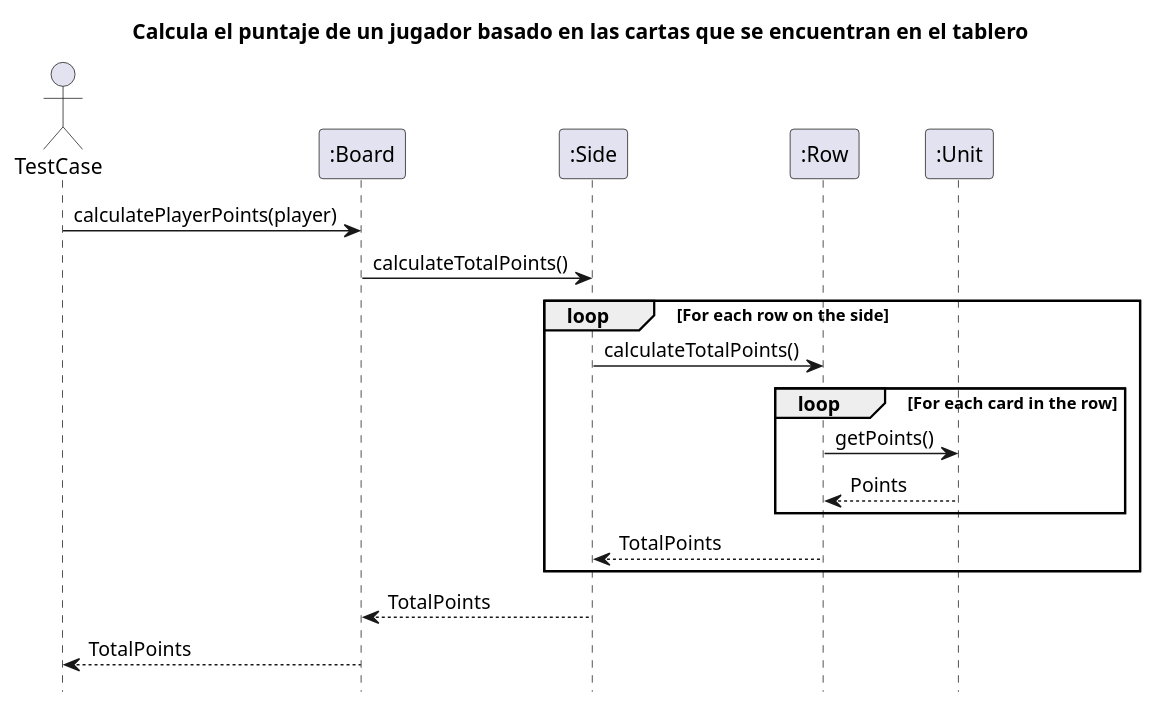
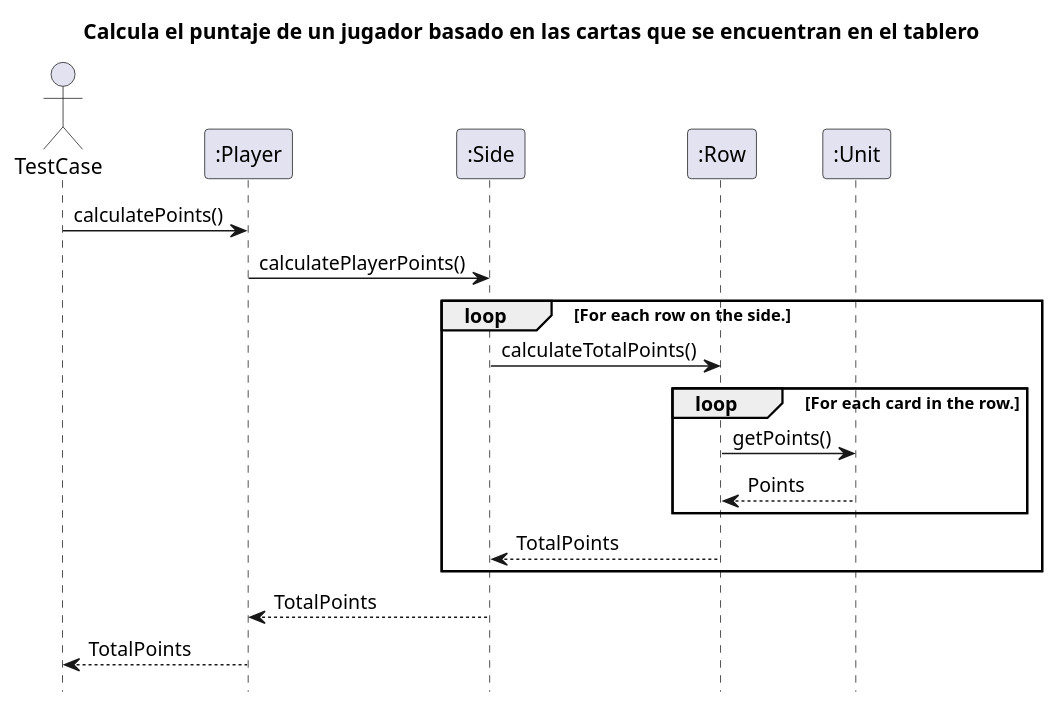
Before and after one commit to Yonhir/algo3_proyecto_base_tp2: the diagram in diagrams/sequences/seq1.plantuml, drawn with PlantUML. The commit also changed 1 other file, not shown here.

Commit message:
diagrama de secuencia corregido

```diff
--- a/diagrams/sequences/seq1.plantuml
+++ b/diagrams/sequences/seq1.plantuml
@@ -1,30 +1,30 @@
-@startuml DiagramaDeSecuencia1
+@startuml
 
 hide footbox
-
-title: Calcula el puntaje de un jugador basado en las cartas que se encuentran en el tablero
+title Calcula el puntaje de un jugador basado en las cartas que se encuentran en el tablero
 
 actor TestCase
-participant ":Board" as board
+
+participant ":Player" as player
 participant ":Side" as side
 participant ":Row" as row
 participant ":Unit" as unit
 
-TestCase -> board : calculatePlayerPoints(player)
-board -> side : calculateTotalPoints()
+TestCase -> player : calculatePoints()
+player -> side : calculatePlayerPoints()
 
-loop For each row on the side
+loop For each row on the side.
     side -> row : calculateTotalPoints()
 
-    loop For each card in the row
+    loop For each card in the row.
         row -> unit : getPoints()
         unit --> row : Points
     end
 
     row --> side : TotalPoints
 end
 
-side --> board : TotalPoints
-board --> TestCase : TotalPoints
+side --> player : TotalPoints
+player --> TestCase : TotalPoints
 
 @enduml
```
